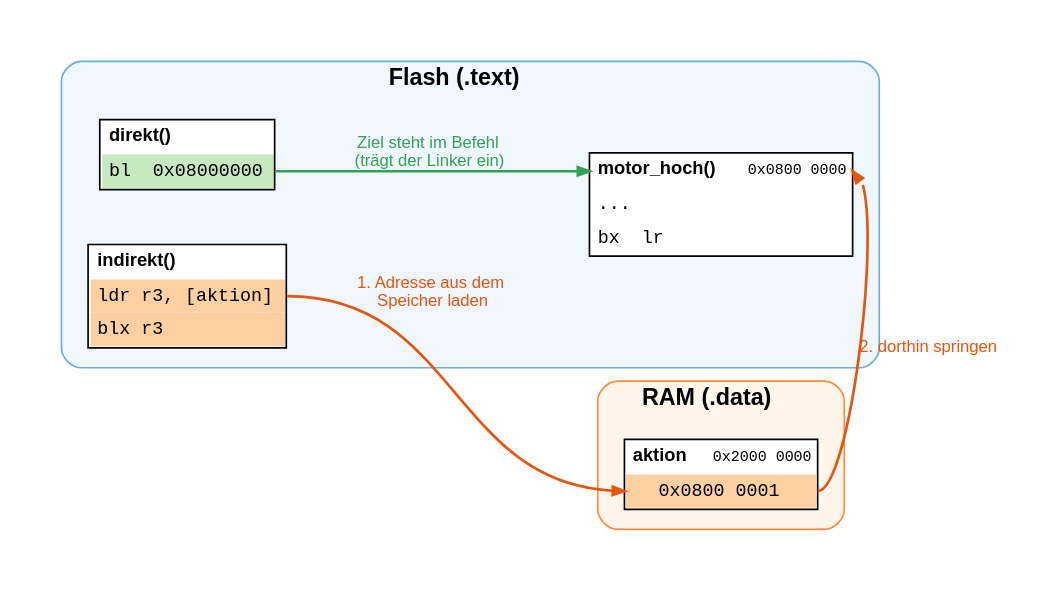
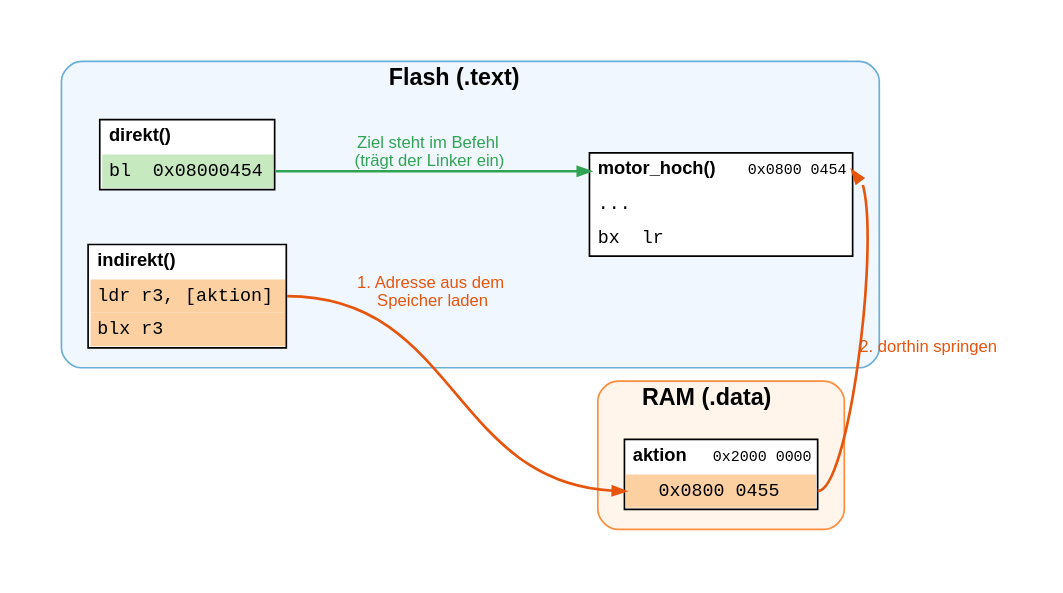
The diagram in excercise-001/img/aufruf.dot (graugans/tea24-stm32f103), drawn with Graphviz before and after one commit. The commit also changed 4 other files, not shown here.

```diff
--- a/excercise-001/img/aufruf.dot
+++ b/excercise-001/img/aufruf.dot
@@ -1,41 +1,41 @@
 // Direkter Aufruf und Aufruf über einen Funktionszeiger (Adressen aus arm-none-eabi-gcc -O1)
 digraph aufruf {
   graph [rankdir=LR bgcolor=white nodesep=0.35 ranksep=0.9 fontname="Helvetica" pad=0.3 newrank=true]
   node  [fontname="Helvetica" fontsize=11]
   edge  [fontname="Helvetica" fontsize=10 arrowsize=0.7]
 
   subgraph cluster_flash {
     label=<<B>Flash (.text)</B>> style="rounded,filled" fillcolor="#f0f7ff" color="#6baed6"
     node [shape=plaintext]
     direkt [label=<
       <TABLE BORDER="1" CELLBORDER="0" CELLSPACING="0" CELLPADDING="4" BGCOLOR="#ffffff">
         <TR><TD ALIGN="LEFT"><B>direkt()</B></TD></TR>
-        <TR><TD ALIGN="LEFT" PORT="bl" BGCOLOR="#c7e9c0"><FONT FACE="Courier">bl  0x08000000</FONT></TD></TR>
+        <TR><TD ALIGN="LEFT" PORT="bl" BGCOLOR="#c7e9c0"><FONT FACE="Courier">bl  0x08000454</FONT></TD></TR>
       </TABLE>>]
     indirekt [label=<
       <TABLE BORDER="1" CELLBORDER="0" CELLSPACING="0" CELLPADDING="4" BGCOLOR="#ffffff">
         <TR><TD ALIGN="LEFT"><B>indirekt()</B></TD></TR>
         <TR><TD ALIGN="LEFT" PORT="ldr" BGCOLOR="#fdd0a2"><FONT FACE="Courier">ldr r3, [aktion]</FONT></TD></TR>
         <TR><TD ALIGN="LEFT" PORT="blx" BGCOLOR="#fdd0a2"><FONT FACE="Courier">blx r3</FONT></TD></TR>
       </TABLE>>]
     ziel [label=<
       <TABLE BORDER="1" CELLBORDER="0" CELLSPACING="0" CELLPADDING="4" BGCOLOR="#ffffff">
-        <TR><TD ALIGN="LEFT" PORT="kopf"><B>motor_hoch()</B>  <FONT FACE="Courier" POINT-SIZE="9">0x0800 0000</FONT></TD></TR>
+        <TR><TD ALIGN="LEFT" PORT="kopf"><B>motor_hoch()</B>  <FONT FACE="Courier" POINT-SIZE="9">0x0800 0454</FONT></TD></TR>
         <TR><TD ALIGN="LEFT"><FONT FACE="Courier">...</FONT></TD></TR>
         <TR><TD ALIGN="LEFT"><FONT FACE="Courier">bx  lr</FONT></TD></TR>
       </TABLE>>]
   }
 
   subgraph cluster_ram {
     label=<<B>RAM (.data)</B>> style="rounded,filled" fillcolor="#fff5eb" color="#fd8d3c"
     zeiger [shape=plaintext label=<
       <TABLE BORDER="1" CELLBORDER="0" CELLSPACING="0" CELLPADDING="4" BGCOLOR="#ffffff">
         <TR><TD ALIGN="LEFT"><B>aktion</B>  <FONT FACE="Courier" POINT-SIZE="9">0x2000 0000</FONT></TD></TR>
-        <TR><TD PORT="wert" BGCOLOR="#fdd0a2"><FONT FACE="Courier">0x0800 0001</FONT></TD></TR>
+        <TR><TD PORT="wert" BGCOLOR="#fdd0a2"><FONT FACE="Courier">0x0800 0455</FONT></TD></TR>
       </TABLE>>]
   }
 
   direkt:bl:e -> ziel:kopf:w [color="#31a354" penwidth=1.6 label=<<FONT COLOR="#31a354">Ziel steht im Befehl<BR/>(trägt der Linker ein)</FONT>>]
   indirekt:ldr:e -> zeiger:wert:w [color="#e6550d" penwidth=1.6 label=<<FONT COLOR="#e6550d">1. Adresse aus dem<BR/>Speicher laden</FONT>>]
   zeiger:wert:e -> ziel:kopf:e [color="#e6550d" penwidth=1.6 label=<<FONT COLOR="#e6550d">2. dorthin springen</FONT>> constraint=false]
 }
```
